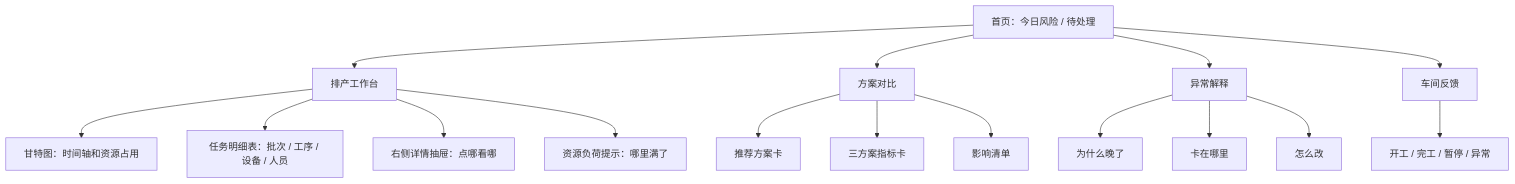
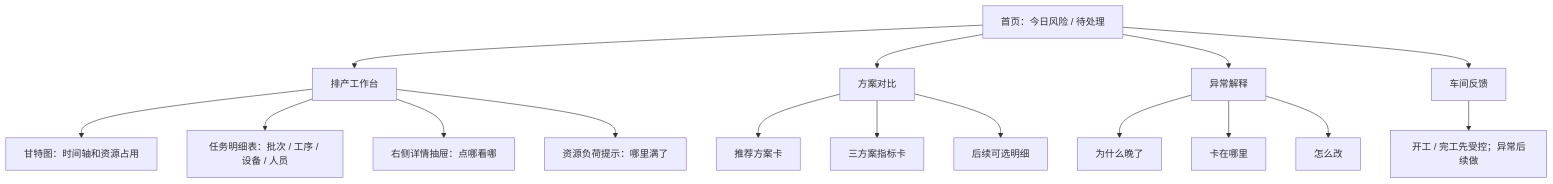
Before and after one commit to lurenxing628/----: the first of 2 diagrams in .codestable/compound/2026-05-23-explore-aps-frontend-layout-benchmark.md, drawn with Mermaid. The commit also changed other lines of this file and 11 other files, not shown here.

````diff
--- a/.codestable/compound/2026-05-23-explore-aps-frontend-layout-benchmark.md
+++ b/.codestable/compound/2026-05-23-explore-aps-frontend-layout-benchmark.md
@@ -69,18 +72,18 @@
 ```mermaid
 flowchart TD
   A["首页：今日风险 / 待处理"] --> B["排产工作台"]
   B --> C["甘特图：时间轴和资源占用"]
   B --> D["任务明细表：批次 / 工序 / 设备 / 人员"]
   B --> E["右侧详情抽屉：点哪看哪"]
   B --> F["资源负荷提示：哪里满了"]
   A --> G["方案对比"]
   G --> H["推荐方案卡"]
   G --> I["三方案指标卡"]
-  G --> J["影响清单"]
+  G --> J["后续可选明细"]
   A --> K["异常解释"]
   K --> L["为什么晚了"]
   K --> M["卡在哪里"]
   K --> N["怎么改"]
   A --> O["车间反馈"]
-  O --> P["开工 / 完工 / 暂停 / 异常"]
+  O --> P["开工 / 完工先受控；异常后续做"]
 ```
````
